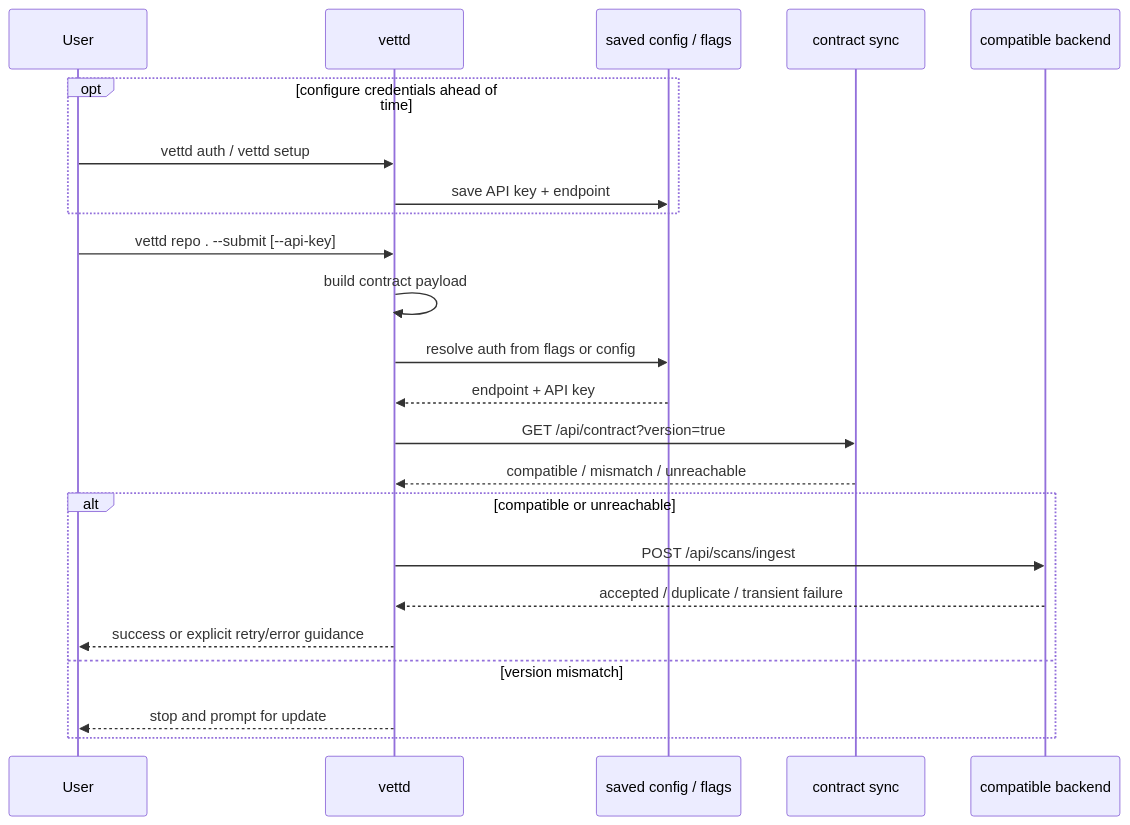
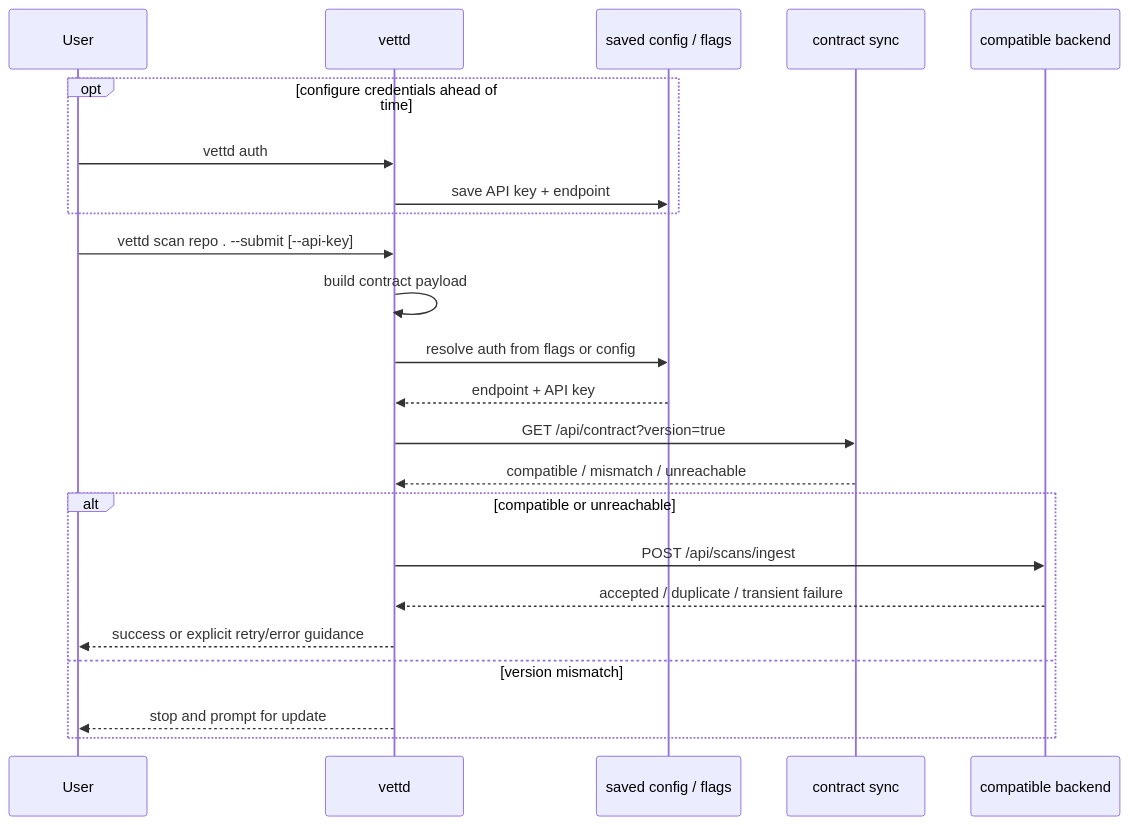
The third of 4 diagrams in docs/user-flows.md (AgenticHighway/vettd-cli), drawn with Mermaid before and after one commit. The commit also changed other lines of this file and 5 other files, not shown here.

First line of the commit message:
docs: align command surface to vettd scan subcommand tree

````diff
--- a/docs/user-flows.md
+++ b/docs/user-flows.md
@@ -66,27 +66,27 @@
 ```mermaid
 sequenceDiagram
     participant User
     participant CLI as vettd
     participant Auth as saved config / flags
     participant Sync as contract sync
     participant Backend as compatible backend
 
     opt configure credentials ahead of time
-        User->>CLI: vettd auth / vettd setup
+        User->>CLI: vettd auth
         CLI->>Auth: save API key + endpoint
     end
 
-    User->>CLI: vettd repo . --submit [--api-key]
+    User->>CLI: vettd scan repo . --submit [--api-key]
     CLI->>CLI: build contract payload
     CLI->>Auth: resolve auth from flags or config
     Auth-->>CLI: endpoint + API key
     CLI->>Sync: GET /api/contract?version=true
     Sync-->>CLI: compatible / mismatch / unreachable
     alt compatible or unreachable
         CLI->>Backend: POST /api/scans/ingest
         Backend-->>CLI: accepted / duplicate / transient failure
         CLI-->>User: success or explicit retry/error guidance
     else version mismatch
         CLI-->>User: stop and prompt for update
     end
 ```
````
